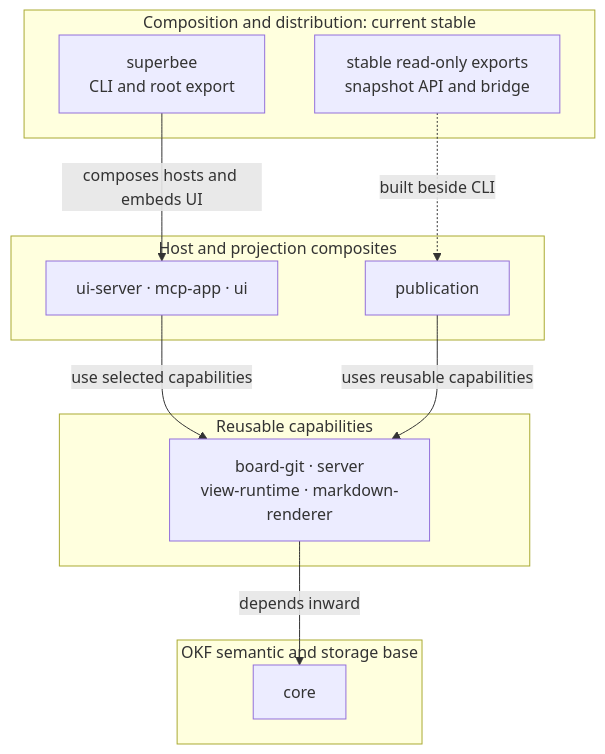
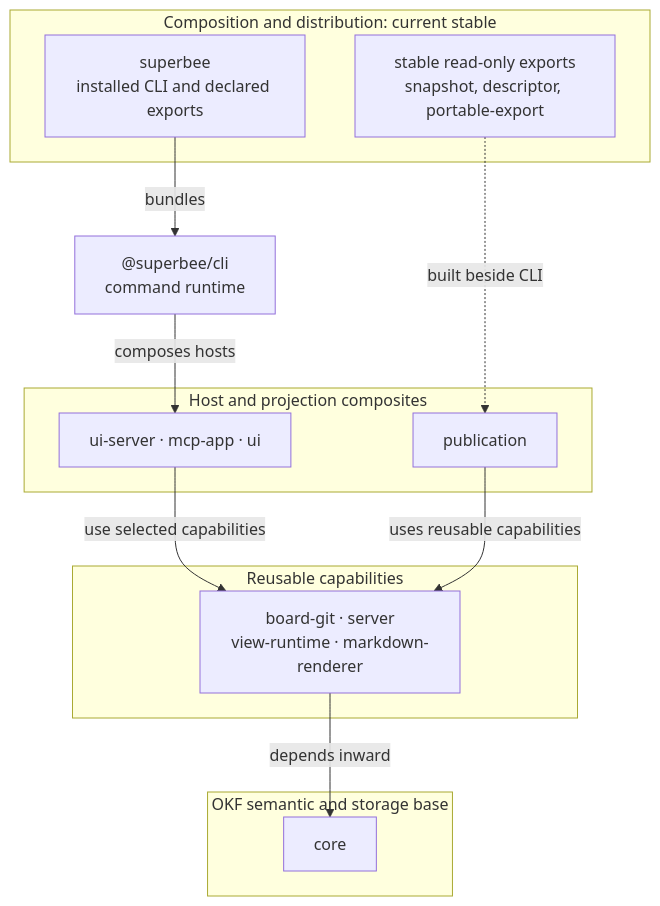
One commit to Holaxis-ai/superbee-docs changed the diagram in diagrams/sources/architecture-at-a-glance.mmd. Above: the diagram before and after it, drawn with Mermaid. The commit also changed 68 other files, not shown here.

Commit message:
docs: refresh stable OSS guidance and Portal consumer runtime

```diff
--- a/diagrams/sources/architecture-at-a-glance.mmd
+++ b/diagrams/sources/architecture-at-a-glance.mmd
@@ -1,33 +1,35 @@
 flowchart TB
   accTitle: Superbee architecture at a glance
   accDescr {
-    The installed superbee package composes private host and projection packages plus reusable
+    The installed superbee package composes the reusable command runtime, host adapters, and
     capabilities. Those packages depend inward on core, which owns bundle semantics and storage
     contracts. The current stable package ships publication modules and built UI assets beside the
-    CLI without making private workspaces separate user installs.
+    CLI. The diagram groups ownership rather than enumerating every dependency.
   }
 
   subgraph distribution["Composition and distribution: current stable"]
-    cli["superbee<br/>CLI and root export"]
-    publicModules["stable read-only exports<br/>snapshot API and bridge"]
+    cli["superbee<br/>installed CLI and declared exports"]
+    publicModules["stable read-only exports<br/>snapshot, descriptor, portable-export"]
   end
 
   subgraph hosts["Host and projection composites"]
     hostAdapters["ui-server · mcp-app · ui"]
     publication["publication"]
   end
 
   subgraph capabilities["Reusable capabilities"]
     reusable["board-git · server<br/>view-runtime · markdown-renderer"]
   end
 
   subgraph semantics["OKF semantic and storage base"]
     core["core"]
   end
 
-  cli -->|"composes hosts and embeds UI"| hostAdapters
+  runtime["@superbee/cli<br/>command runtime"]
+  cli -->|"bundles"| runtime
+  runtime -->|"composes hosts"| hostAdapters
   publicModules -. "built beside CLI" .-> publication
 
   hostAdapters -->|"use selected capabilities"| reusable
   publication -->|"uses reusable capabilities"| reusable
   reusable -->|"depends inward"| core
```
